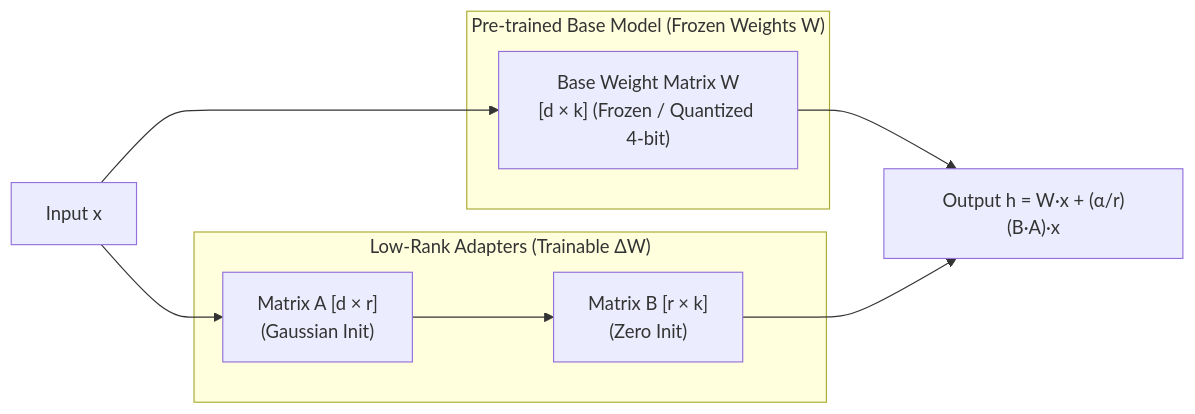
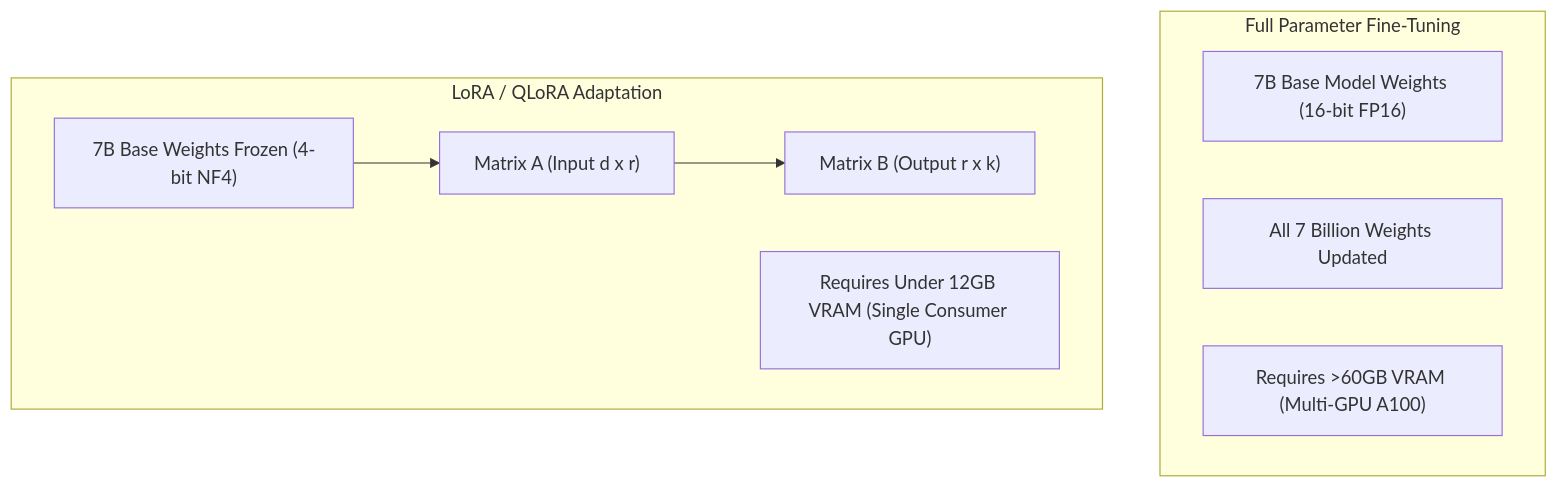
The diagram in docs/07-cloud-ai-fine-tuning/03-finetuning-llm-lora-krishnaik/01-part-1-road-to-learn-finetuning-llm-with.md (DeshDeepakKant/ai-engineering-docs), drawn with Mermaid before and after one commit. The commit also changed other lines of this file and 182 other files, not shown here.

````diff
--- a/docs/07-cloud-ai-fine-tuning/03-finetuning-llm-lora-krishnaik/01-part-1-road-to-learn-finetuning-llm-with.md
+++ b/docs/07-cloud-ai-fine-tuning/03-finetuning-llm-lora-krishnaik/01-part-1-road-to-learn-finetuning-llm-with.md
@@ -35,15 +36,18 @@
 ```mermaid
-flowchart LR
-    subgraph Frozen["Pre-trained Base Model (Frozen Weights W)"]
-        W["Base Weight Matrix W\n[d × k] (Frozen / Quantized 4-bit)"]
+flowchart TD
+    subgraph FullFineTune["Full Parameter Fine-Tuning"]
+        BaseFrozenNo["7B Base Model Weights (16-bit FP16)"]
+        AllTrained["All 7 Billion Weights Updated"]
+        VRAMHigh["Requires >60GB VRAM (Multi-GPU A100)"]
     end
 
-    subgraph Trainable["Low-Rank Adapters (Trainable ΔW)"]
-        A["Matrix A [d × r]\n(Gaussian Init)"] --> B["Matrix B [r × k]\n(Zero Init)"]
+    subgraph LoRAFineTune["LoRA / QLoRA Adaptation"]
+        BaseFrozen["7B Base Weights Frozen (4-bit NF4)"]
+        AdapterA["Matrix A (Input d x r)"]
+        AdapterB["Matrix B (Output r x k)"]
+        VRAMLow["Requires Under 12GB VRAM (Single Consumer GPU)"]
     end
 
-    X["Input x"] --> W
-    X --> A
-    W --> Sum["Output h = W·x + (α/r)(B·A)·x"]
-    B --> Sum
+    BaseFrozen --> AdapterA
+    AdapterA --> AdapterB
 ```
````
